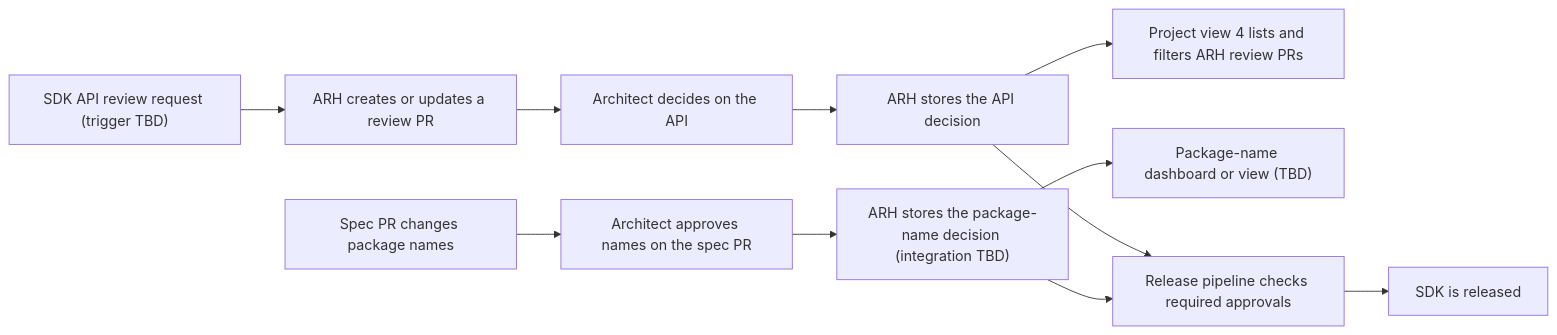
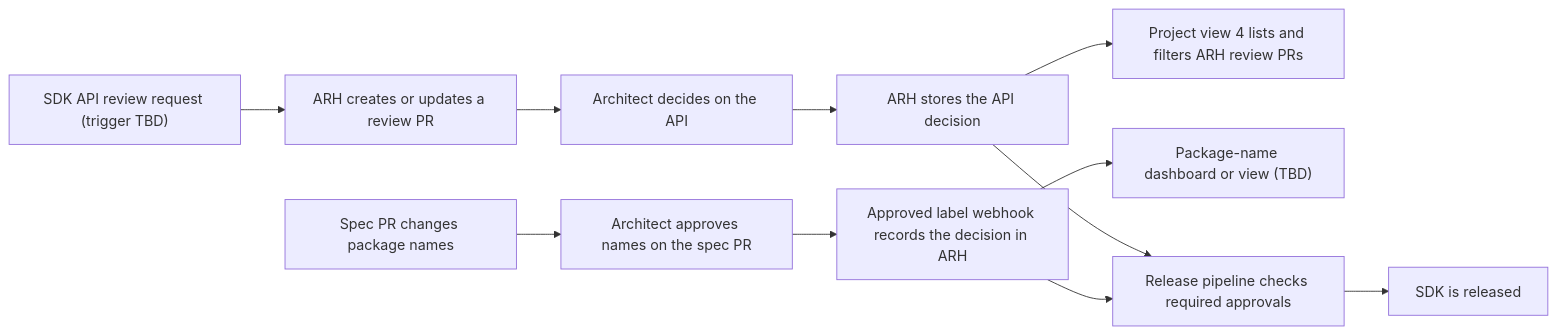
Before and after one commit to danfiedler-msft/azure-sdk-tools: the diagram in tools/azsdk-cli/docs/specs/8-operations-architect-review-workflow.spec.md, drawn with Mermaid. The commit also changed other lines of this file, not shown here.

First line of the commit message:
Record package approval decisions

````diff
--- a/tools/azsdk-cli/docs/specs/8-operations-architect-review-workflow.spec.md
+++ b/tools/azsdk-cli/docs/specs/8-operations-architect-review-workflow.spec.md
@@ -31,17 +32,17 @@
 ```mermaid
 flowchart LR
     START["SDK API review request (trigger TBD)"]
     START --> REVIEWPR["ARH creates or updates a review PR"]
     REVIEWPR --> APIREVIEW["Architect decides on the API"]
     APIREVIEW --> APIRECORD["ARH stores the API decision"]
 
     SPECPR["Spec PR changes package names"]
     SPECPR --> NAMEREVIEW["Architect approves names on the spec PR"]
-    NAMEREVIEW --> NAMERECORD["ARH stores the package-name decision (integration TBD)"]
+    NAMEREVIEW --> NAMERECORD["Approved label webhook records the decision in ARH"]
 
     APIRECORD --> BOARD["Project view 4 lists and filters ARH review PRs"]
     NAMERECORD --> NAMEVIEW["Package-name dashboard or view (TBD)"]
     APIRECORD --> GATE["Release pipeline checks required approvals"]
     NAMERECORD --> GATE
     GATE --> RELEASE["SDK is released"]
 ```
````
